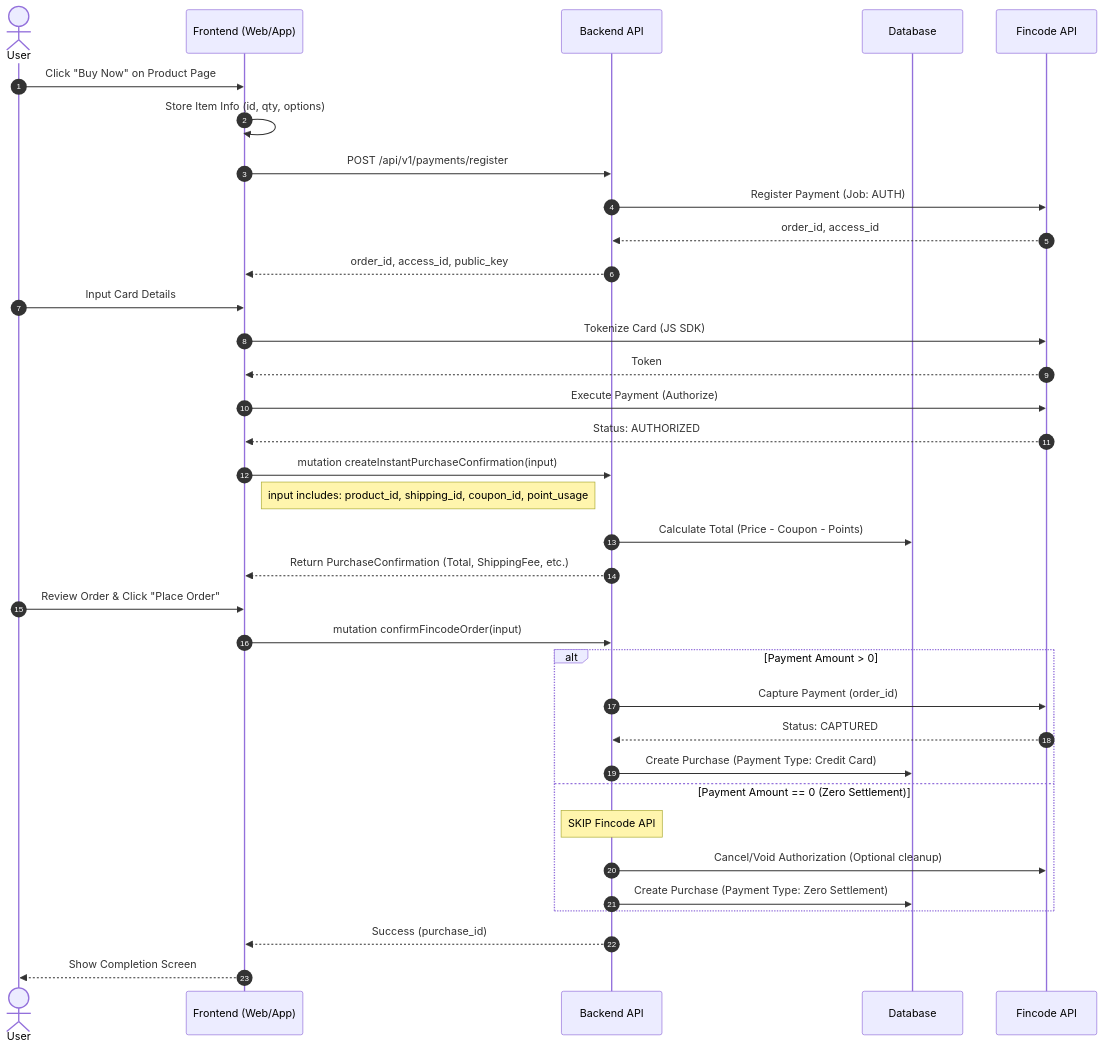
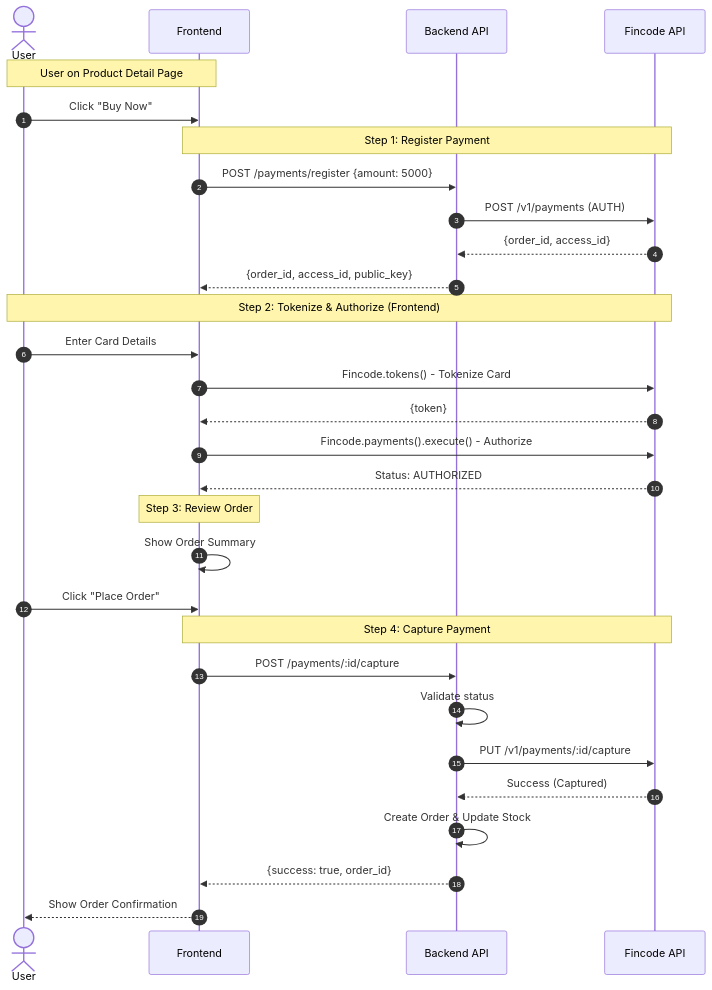
The first of 3 diagrams in fincode_payment_workflow.md (toilaloc/research_fincode_payment), drawn with Mermaid before and after one commit. The commit also changed other lines of this file, not shown here.

````diff
--- a/fincode_payment_workflow.md
+++ b/fincode_payment_workflow.md
@@ -54,49 +72,38 @@
 ```mermaid
 sequenceDiagram
     autonumber
     actor User
-    participant Client as Frontend (Web/App)
-    participant Server as Backend API
-    participant DB as Database
-    participant Fincode as Fincode API
+    participant FE as Frontend
+    participant BE as Backend API
+    participant FC as Fincode API
 
-    User->>Client: Click "Buy Now" on Product Page
-    Client->>Client: Store Item Info (id, qty, options)
+    Note over User,FE: User on Product Detail Page
+    User->>FE: Click "Buy Now"
     
-    %% Step 1: Register
-    Client->>Server: POST /api/v1/payments/register
-    Server->>Fincode: Register Payment (Job: AUTH)
-    Fincode-->>Server: order_id, access_id
-    Server-->>Client: order_id, access_id, public_key
+    Note over FE,FC: Step 1: Register Payment
+    FE->>BE: POST /payments/register {amount: 5000}
+    BE->>FC: POST /v1/payments (AUTH)
+    FC-->>BE: {order_id, access_id}
+    BE-->>FE: {order_id, access_id, public_key}
+
+    Note over User,FC: Step 2: Tokenize & Authorize (Frontend)
+    User->>FE: Enter Card Details
+    FE->>FC: Fincode.tokens() - Tokenize Card
+    FC-->>FE: {token}
+    FE->>FC: Fincode.payments().execute() - Authorize
+    FC-->>FE: Status: AUTHORIZED
+
+    Note over FE: Step 3: Review Order
+    FE->>FE: Show Order Summary
+    User->>FE: Click "Place Order"
     
-    %% Step 2: Authorize (Frontend)
-    User->>Client: Input Card Details
-    Client->>Fincode: Tokenize Card (JS SDK)
-    Fincode-->>Client: Token
-    Client->>Fincode: Execute Payment (Authorize)
-    Fincode-->>Client: Status: AUTHORIZED
-    
-    %% Step 3: Confirm Details (GraphQL)
-    Client->>Server: mutation createInstantPurchaseConfirmation(input)
-    Note right of Client: input includes: product_id, shipping_id, coupon_id, point_usage
-    Server->>DB: Calculate Total (Price - Coupon - Points)
-    Server-->>Client: Return PurchaseConfirmation (Total, ShippingFee, etc.)
-    
-    User->>Client: Review Order & Click "Place Order"
-    
-    %% Step 4: Finalize Order (GraphQL)
-    Client->>Server: mutation confirmFincodeOrder(input)
-    
-    alt Payment Amount > 0
-        Server->>Fincode: Capture Payment (order_id)
-        Fincode-->>Server: Status: CAPTURED
-        Server->>DB: Create Purchase (Payment Type: Credit Card)
-    else Payment Amount == 0 (Zero Settlement)
-        Note over Server: SKIP Fincode API
-        Server->>Fincode: Cancel/Void Authorization (Optional cleanup)
-        Server->>DB: Create Purchase (Payment Type: Zero Settlement)
-    end
-    
-    Server-->>Client: Success (purchase_id)
-    Client-->>User: Show Completion Screen
+    Note over FE,FC: Step 4: Capture Payment
+    FE->>BE: POST /payments/:id/capture
+    BE->>BE: Validate status
+    BE->>FC: PUT /v1/payments/:id/capture
+    FC-->>BE: Success (Captured)
+    BE->>BE: Create Order & Update Stock
+    BE-->>FE: {success: true, order_id}
+
+    FE-->>User: Show Order Confirmation
 ```
````
